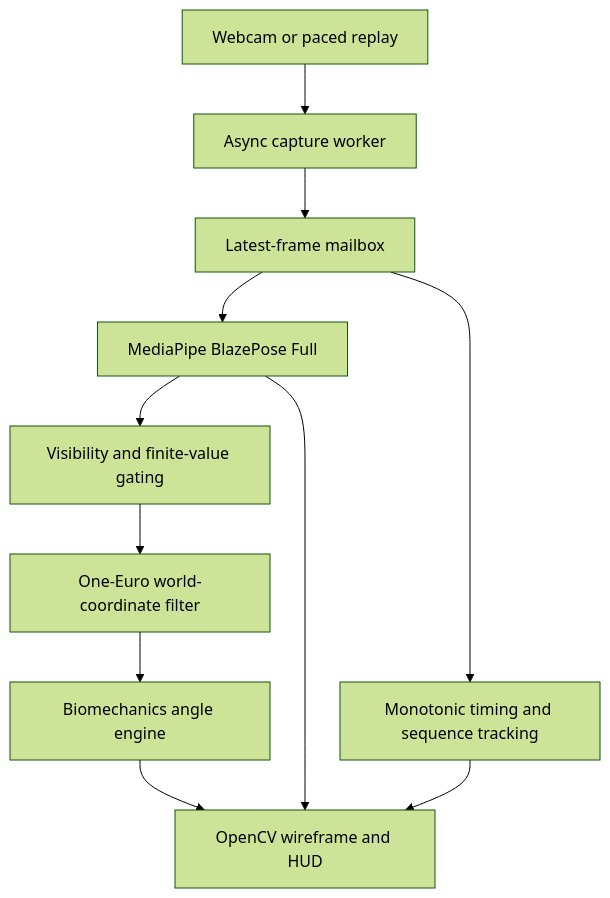
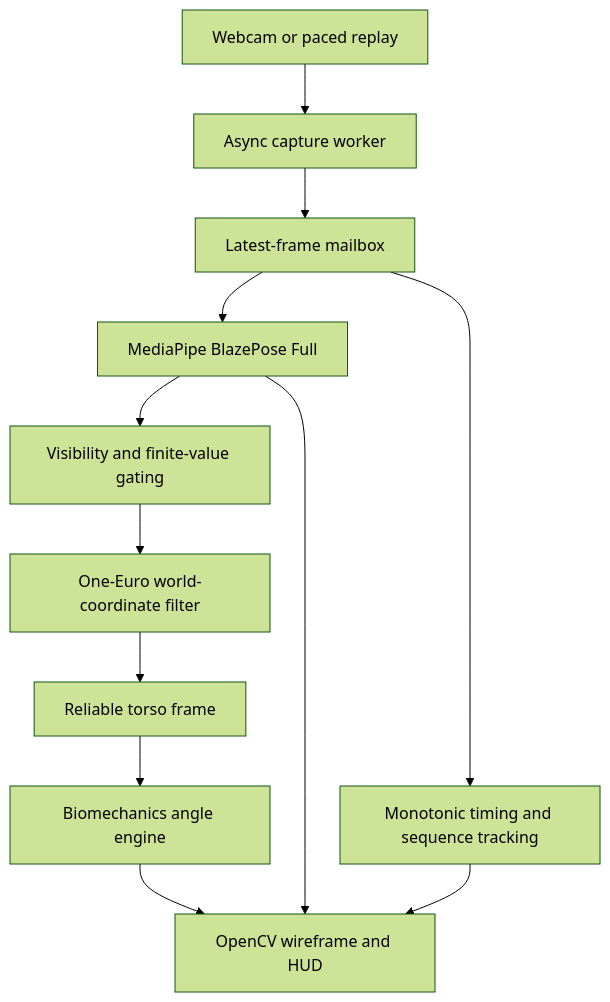
Before and after one commit to satishkumar123123/realtime-biomechanics-engine: the diagram in README.md, drawn with Mermaid (forest theme). The commit also changed other lines of this file and 17 other files, not shown here.

````diff
--- a/README.md
+++ b/README.md
@@ -16,13 +17,14 @@
 ```mermaid
 flowchart TD
     Camera["Webcam or paced replay"] --> Worker["Async capture worker"]
     Worker --> Mailbox["Latest-frame mailbox"]
     Mailbox --> Model["MediaPipe BlazePose Full"]
     Model --> Gate["Visibility and finite-value gating"]
     Gate --> Filter["One-Euro world-coordinate filter"]
-    Filter --> Geometry["Biomechanics angle engine"]
+    Filter --> Frame["Reliable torso frame"]
+    Frame --> Geometry["Biomechanics angle engine"]
     Geometry --> HUD["OpenCV wireframe and HUD"]
     Model --> HUD
     Mailbox --> Timing["Monotonic timing and sequence tracking"]
     Timing --> HUD
 ```
````
